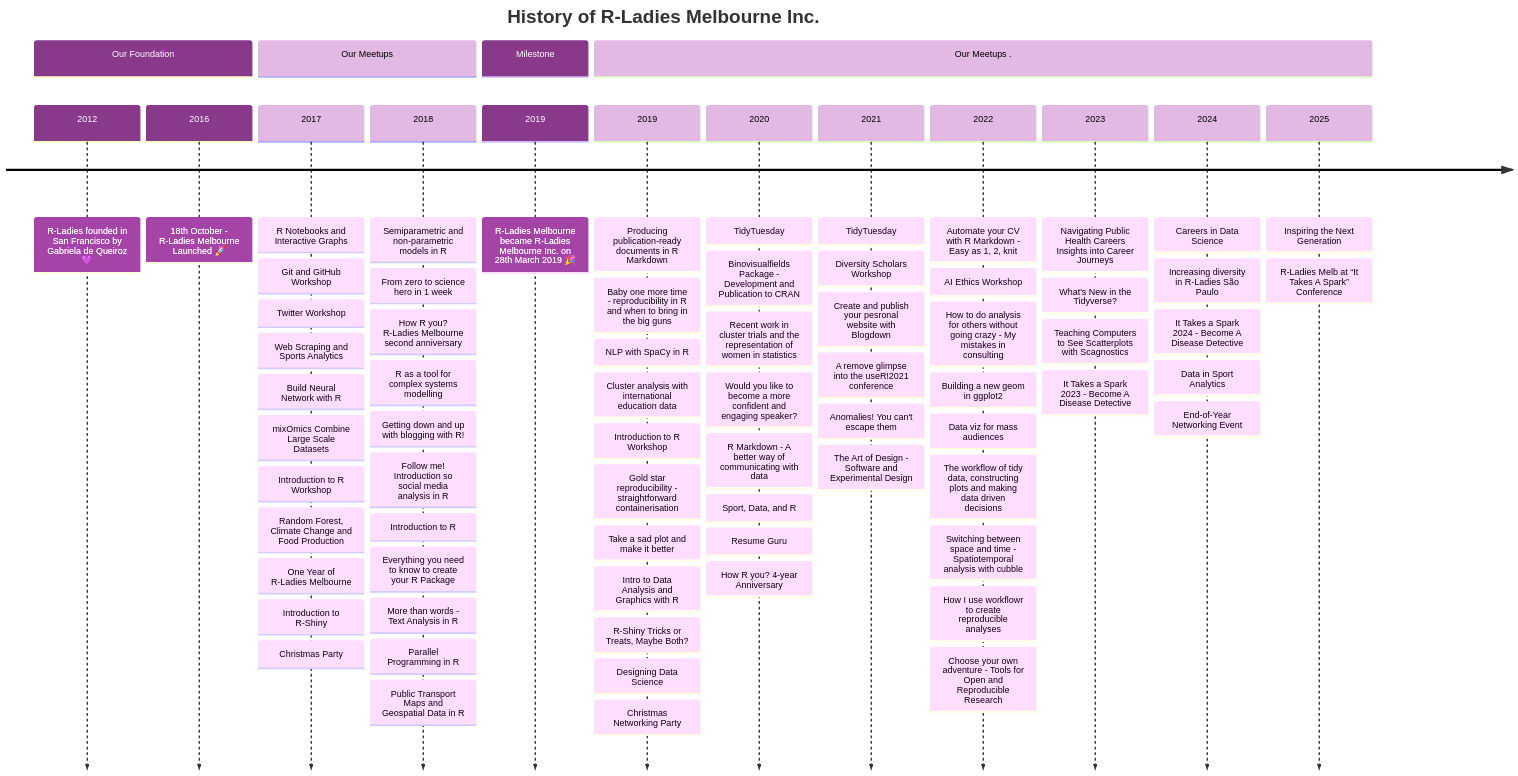
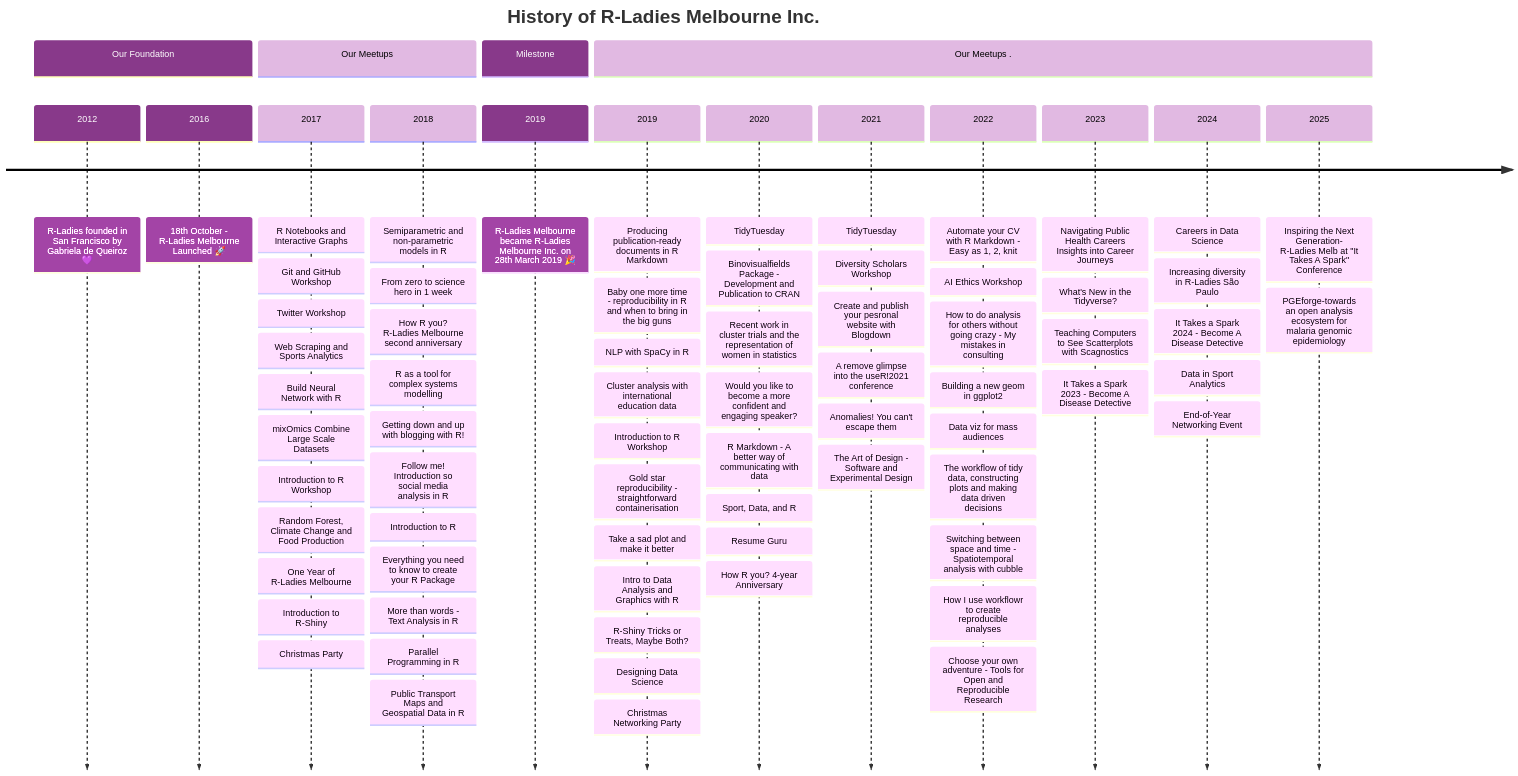
One commit to R-LadiesMelbourne/r-ladiesmelbourne.github.io changed the diagram in timeline.qmd. Above: the diagram before and after it, drawn with Mermaid. The commit also changed other lines of this file and 10 other files, not shown here.

````diff
--- a/timeline.qmd
+++ b/timeline.qmd
@@ -90,5 +90,6 @@
          : It Takes a Spark 2024 - Become A Disease Detective
          : Data in Sport Analytics
          : End-of-Year Networking Event 
-    2025 : Inspiring the Next Generation: R-Ladies Melb at “It Takes A Spark” Conference
+    2025 : Inspiring the Next Generation- R-Ladies Melb at "It Takes A Spark" Conference
+         : PGEforge-towards an open analysis ecosystem for malaria genomic epidemiology
 ```
````
